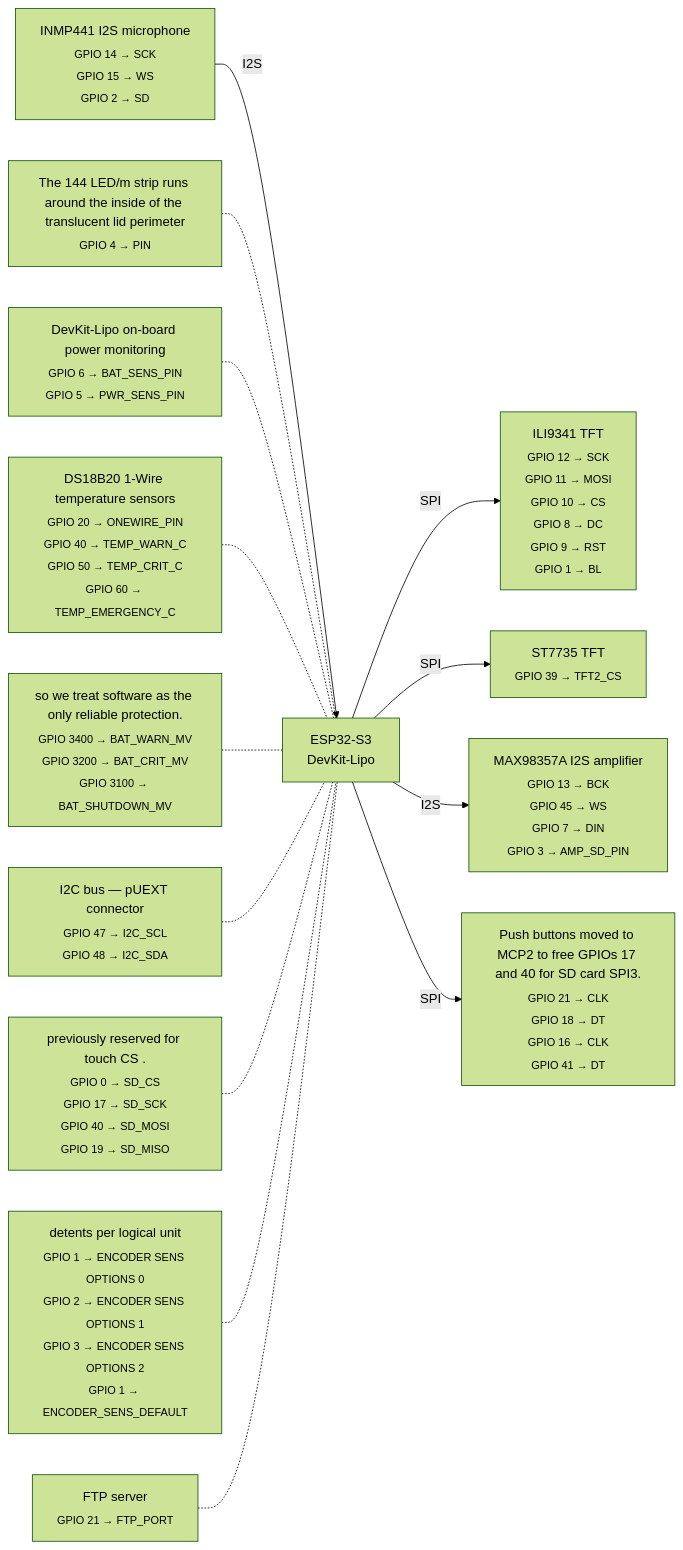
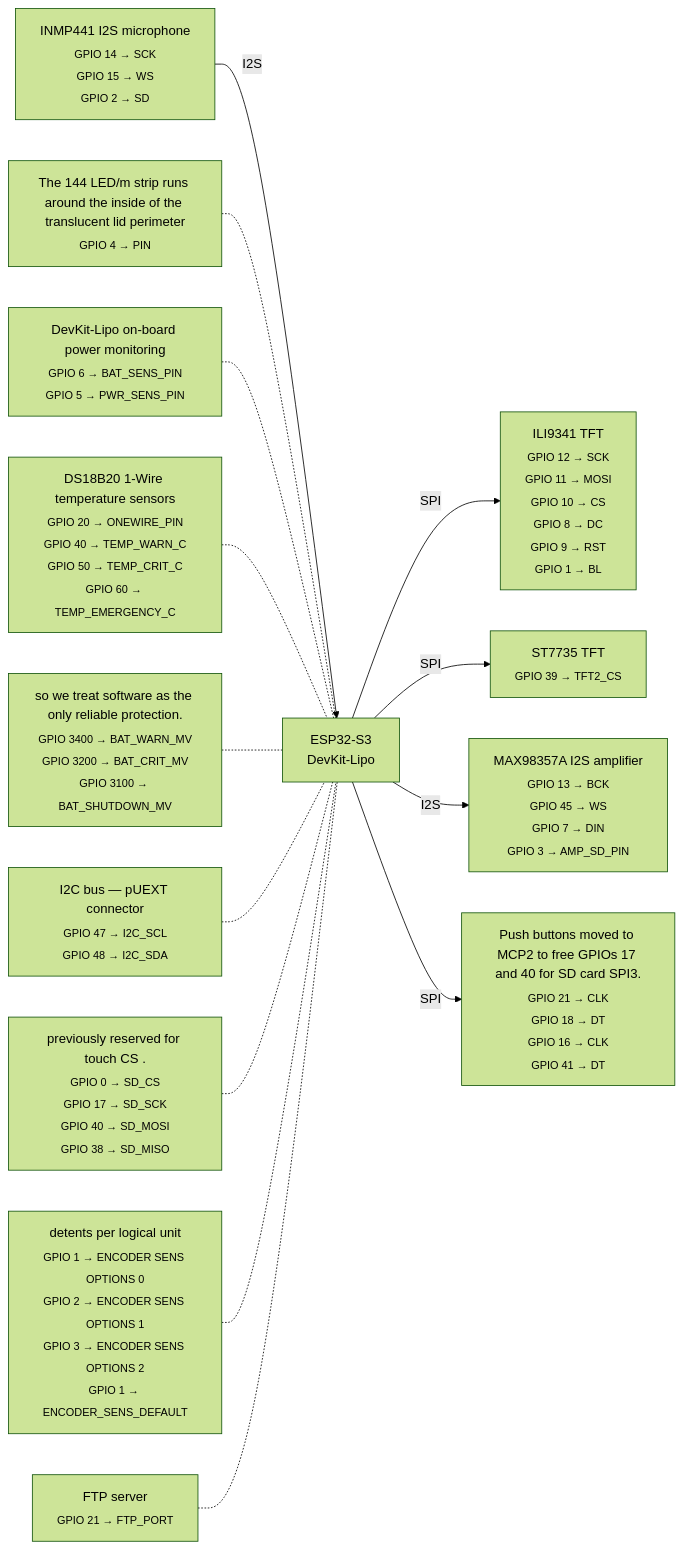
One commit to mandakan/bodn-esp32 changed the diagram in docs/wiring.md. Above: the diagram before and after it, drawn with Mermaid (forest theme). The commit also changed other lines of this file and 12 other files, not shown here.

````diff
--- a/docs/wiring.md
+++ b/docs/wiring.md
@@ -8,44 +8,44 @@
 ```mermaid
 graph LR
     ESP["ESP32-S3<br/>DevKit-Lipo"]
 
     ILI9341TFT["ILI9341 TFT<br/><sub>GPIO 12 → SCK<br/>GPIO 11 → MOSI<br/>GPIO 10 → CS<br/>GPIO 8 → DC<br/>GPIO 9 → RST<br/>GPIO 1 → BL</sub>"]
     ESP -- SPI --> ILI9341TFT
 
     ST7735TFT["ST7735 TFT<br/><sub>GPIO 39 → TFT2_CS</sub>"]
     ESP -- SPI --> ST7735TFT
 
     INMP441I2Smicrophone["INMP441 I2S microphone<br/><sub>GPIO 14 → SCK<br/>GPIO 15 → WS<br/>GPIO 2 → SD</sub>"]
     INMP441I2Smicrophone -- I2S --> ESP
 
     MAX98357AI2Samplifier["MAX98357A I2S amplifier<br/><sub>GPIO 13 → BCK<br/>GPIO 45 → WS<br/>GPIO 7 → DIN<br/>GPIO 3 → AMP_SD_PIN</sub>"]
     ESP -- I2S --> MAX98357AI2Samplifier
 
     PushbuttonsmovedtoMCP2tofreeGPIOs17and40forSDcardSPI3["Push buttons moved to MCP2 to free GPIOs 17 and 40 for SD card SPI3.<br/><sub>GPIO 21 → CLK<br/>GPIO 18 → DT<br/>GPIO 16 → CLK<br/>GPIO 41 → DT</sub>"]
     ESP -- SPI --> PushbuttonsmovedtoMCP2tofreeGPIOs17and40forSDcardSPI3
 
     The144LEDmstriprunsaroundtheinsideofthetranslucentlidperimeter["The 144 LED/m strip runs around the inside of the translucent lid perimeter<br/><sub>GPIO 4 → PIN</sub>"]
     The144LEDmstriprunsaroundtheinsideofthetranslucentlidperimeter -.- ESP
 
     DevKitLipoonboardpowermonitoring["DevKit-Lipo on-board power monitoring<br/><sub>GPIO 6 → BAT_SENS_PIN<br/>GPIO 5 → PWR_SENS_PIN</sub>"]
     DevKitLipoonboardpowermonitoring -.- ESP
 
     DS18B201Wiretemperaturesensors["DS18B20 1-Wire temperature sensors<br/><sub>GPIO 20 → ONEWIRE_PIN<br/>GPIO 40 → TEMP_WARN_C<br/>GPIO 50 → TEMP_CRIT_C<br/>GPIO 60 → TEMP_EMERGENCY_C</sub>"]
     DS18B201Wiretemperaturesensors -.- ESP
 
     sowetreatsoftwareastheonlyreliableprotection["so we treat software as the only reliable protection.<br/><sub>GPIO 3400 → BAT_WARN_MV<br/>GPIO 3200 → BAT_CRIT_MV<br/>GPIO 3100 → BAT_SHUTDOWN_MV</sub>"]
     sowetreatsoftwareastheonlyreliableprotection -.- ESP
 
     I2CbuspUEXTconnector["I2C bus — pUEXT connector<br/><sub>GPIO 47 → I2C_SCL<br/>GPIO 48 → I2C_SDA</sub>"]
     I2CbuspUEXTconnector -.- ESP
 
-    previouslyreservedfortouchCS["previously reserved for touch CS .<br/><sub>GPIO 0 → SD_CS<br/>GPIO 17 → SD_SCK<br/>GPIO 40 → SD_MOSI<br/>GPIO 19 → SD_MISO</sub>"]
+    previouslyreservedfortouchCS["previously reserved for touch CS .<br/><sub>GPIO 0 → SD_CS<br/>GPIO 17 → SD_SCK<br/>GPIO 40 → SD_MOSI<br/>GPIO 38 → SD_MISO</sub>"]
     previouslyreservedfortouchCS -.- ESP
 
     detentsperlogicalunit["detents per logical unit<br/><sub>GPIO 1 → ENCODER SENS OPTIONS 0<br/>GPIO 2 → ENCODER SENS OPTIONS 1<br/>GPIO 3 → ENCODER SENS OPTIONS 2<br/>GPIO 1 → ENCODER_SENS_DEFAULT</sub>"]
     detentsperlogicalunit -.- ESP
 
     FTPserver["FTP server<br/><sub>GPIO 21 → FTP_PORT</sub>"]
     FTPserver -.- ESP
 
 ```
````
